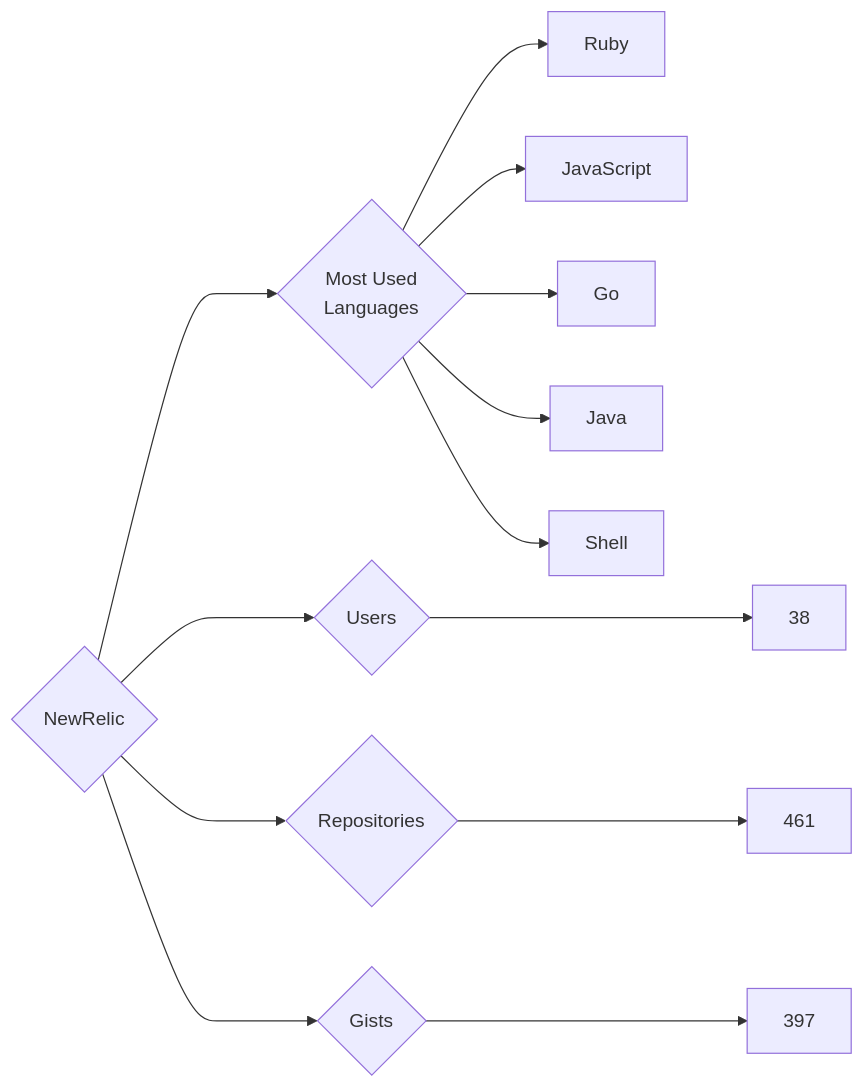
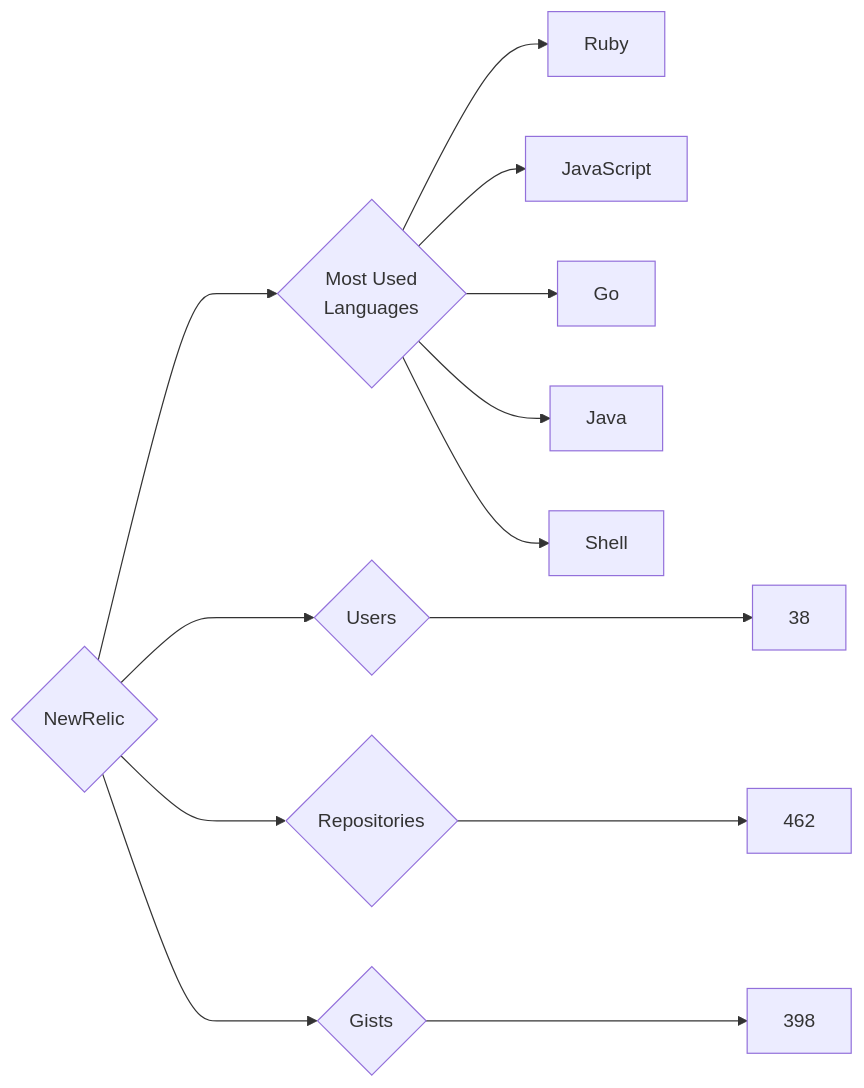
One commit to trickest/insiders changed the diagram in targets/NewRelic/README.md. Above: the diagram before and after it, drawn with Mermaid. The commit also changed 773 other files, not shown here.

````diff
--- a/targets/NewRelic/README.md
+++ b/targets/NewRelic/README.md
@@ -3,13 +3,13 @@
 ```mermaid
 graph LR
 COMPANY_NAME{NewRelic}
 COMPANY_NAME ---> U{Users} ---> UN[38]
-COMPANY_NAME ---> R{Repositories} ---> RN[461]
-COMPANY_NAME ---> G{Gists} ---> GN[397]
+COMPANY_NAME ---> R{Repositories} ---> RN[462]
+COMPANY_NAME ---> G{Gists} ---> GN[398]
 COMPANY_NAME ---> ML{Most Used<br>Languages}
 ML --> Ruby[Ruby]
 ML --> JavaScript[JavaScript]
 ML --> Go[Go]
 ML --> Java[Java]
 ML --> Shell[Shell]
 ```
````
